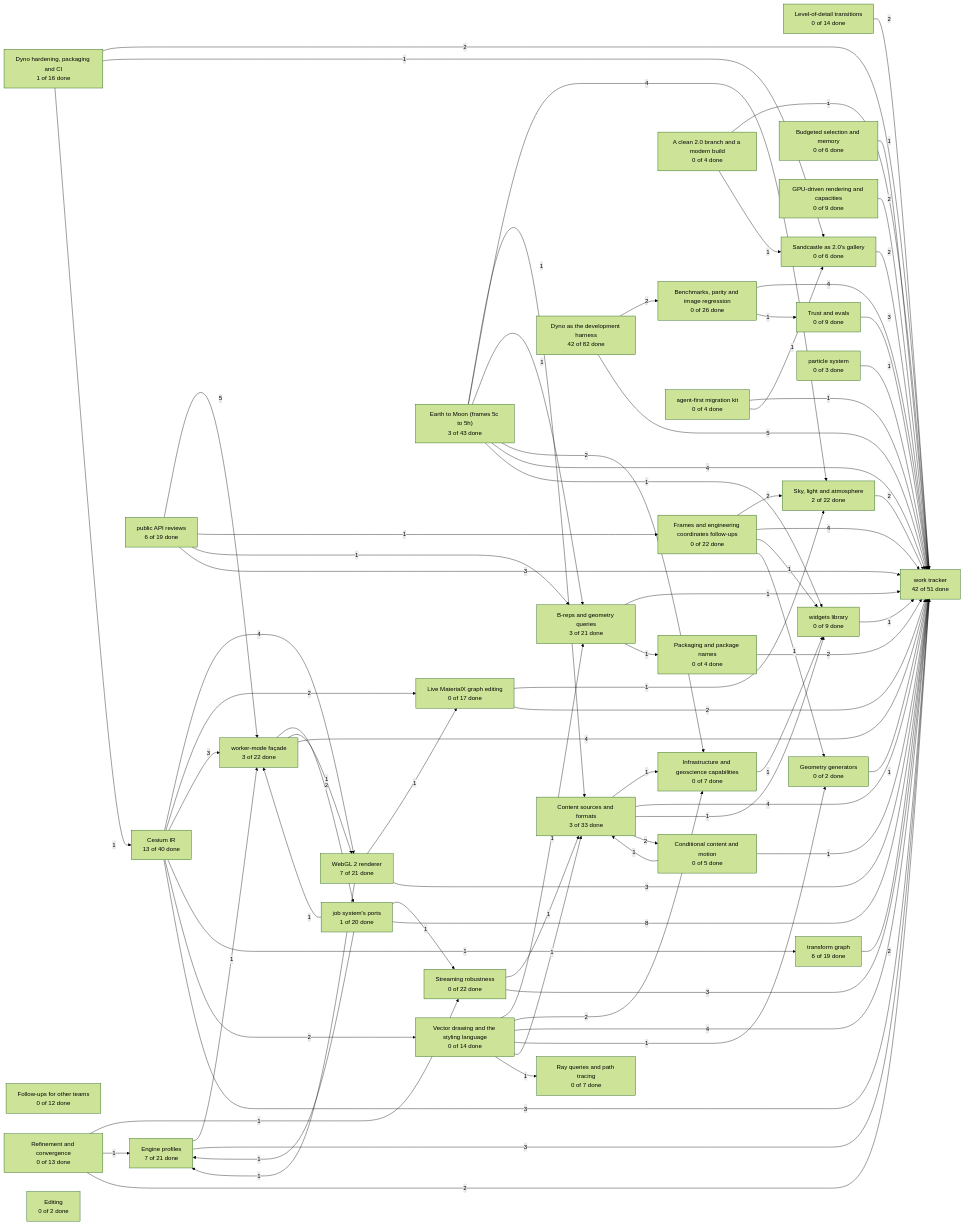
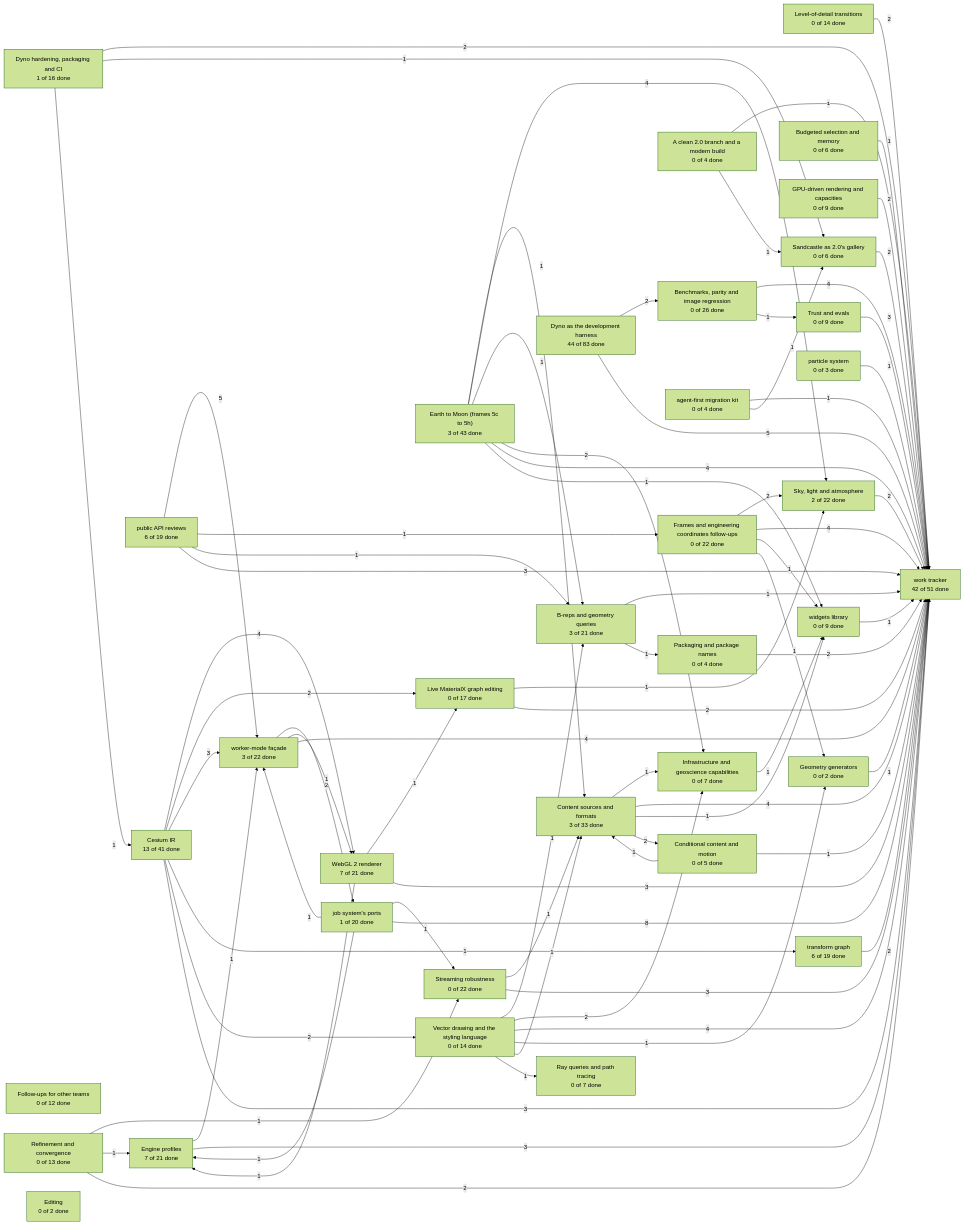
One commit to CesiumGS/cesium changed the diagram in packages/next/work/views/projects-graph.md. Above: the diagram before and after it, drawn with Mermaid (forest theme). The commit also changed 6 other files, not shown here.

```diff
--- a/packages/next/work/views/projects-graph.md
+++ b/packages/next/work/views/projects-graph.md
@@ -6,7 +6,7 @@
 graph LR
   CS_8["Engine profiles<br/>7 of 21 done"]
   CS_9["WebGL 2 renderer<br/>7 of 21 done"]
-  CS_10["Cesium IR<br/>13 of 40 done"]
+  CS_10["Cesium IR<br/>13 of 41 done"]
   CS_11["Live MaterialX graph editing<br/>0 of 17 done"]
   CS_12["job system's ports<br/>1 of 20 done"]
   CS_13["worker-mode façade<br/>3 of 22 done"]
@@ -28,7 +28,7 @@
   CS_197["Ray queries and path tracing<br/>0 of 7 done"]
   CS_198["GPU-driven rendering and capacities<br/>0 of 9 done"]
   CS_199["Dyno hardening, packaging and CI<br/>1 of 16 done"]
-  CS_389["Dyno as the development harness<br/>42 of 82 done"]
+  CS_389["Dyno as the development harness<br/>44 of 83 done"]
   CS_437["public API reviews<br/>6 of 19 done"]
   CS_579["Editing<br/>0 of 2 done"]
   CS_584["widgets library<br/>0 of 9 done"]
```
